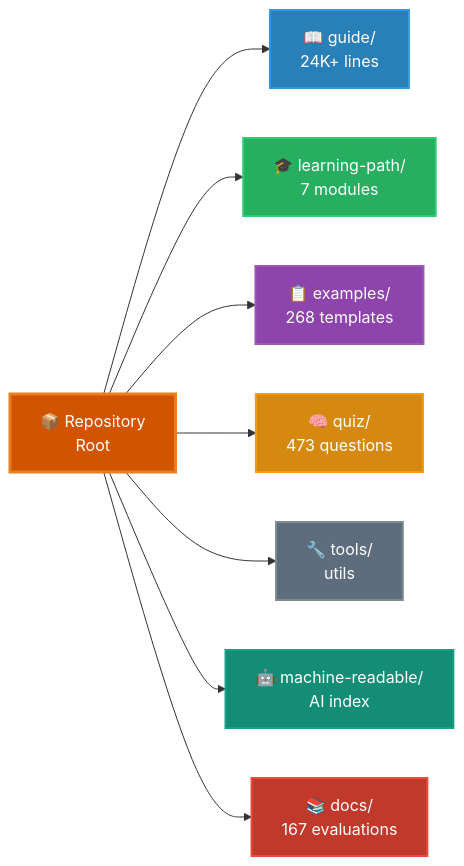
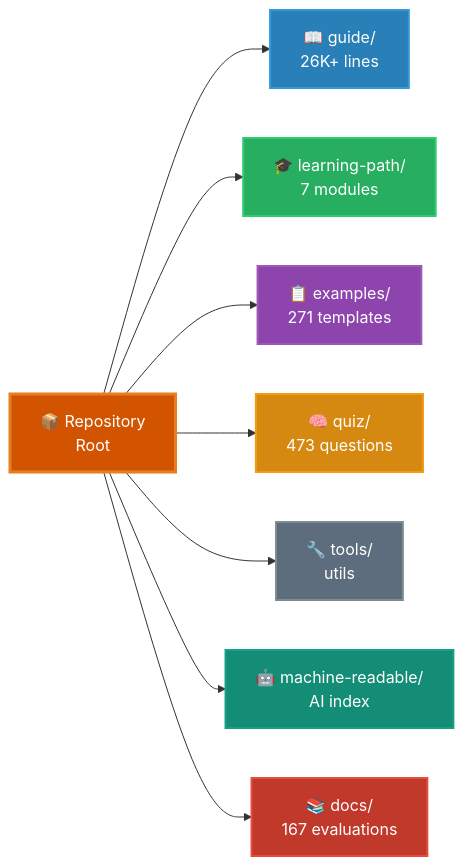
The diagram in README.md (FlorianBruniaux/claude-code-ultimate-guide), drawn with Mermaid before and after one commit. The commit also changed other lines of this file, not shown here.

````diff
--- a/README.md
+++ b/README.md
@@ -182,21 +182,21 @@
 ```mermaid
 graph LR
     root[📦 Repository<br/>Root]
 
-    root --> guide[📖 guide/<br/>24K+ lines]
+    root --> guide[📖 guide/<br/>26K+ lines]
     root --> learning[🎓 learning-path/<br/>7 modules]
-    root --> examples[📋 examples/<br/>268 templates]
+    root --> examples[📋 examples/<br/>271 templates]
     root --> quiz[🧠 quiz/<br/>473 questions]
     root --> tools[🔧 tools/<br/>utils]
     root --> machine[🤖 machine-readable/<br/>AI index]
     root --> docs[📚 docs/<br/>167 evaluations]
 
     style root fill:#d35400,stroke:#e67e22,stroke-width:3px,color:#fff
     style guide fill:#2980b9,stroke:#3498db,stroke-width:2px,color:#fff
     style learning fill:#27ae60,stroke:#2ecc71,stroke-width:2px,color:#fff
     style examples fill:#8e44ad,stroke:#9b59b6,stroke-width:2px,color:#fff
     style quiz fill:#d68910,stroke:#f39c12,stroke-width:2px,color:#fff
     style tools fill:#5d6d7e,stroke:#7f8c8d,stroke-width:2px,color:#fff
     style machine fill:#138d75,stroke:#16a085,stroke-width:2px,color:#fff
     style docs fill:#c0392b,stroke:#e74c3c,stroke-width:2px,color:#fff
 ```
````
